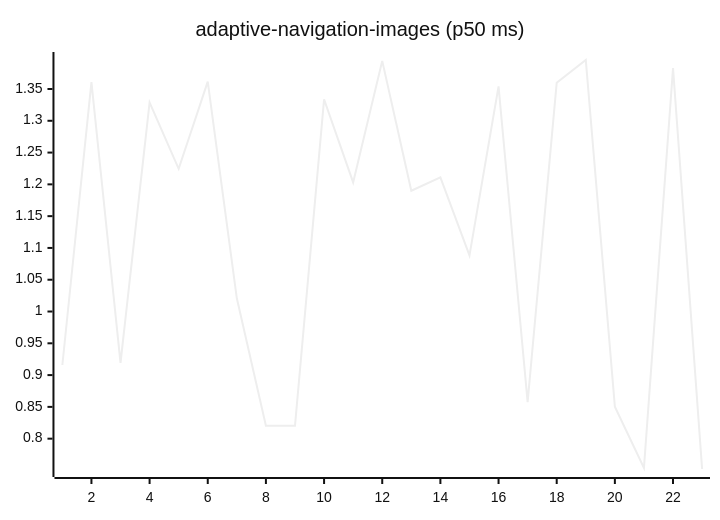
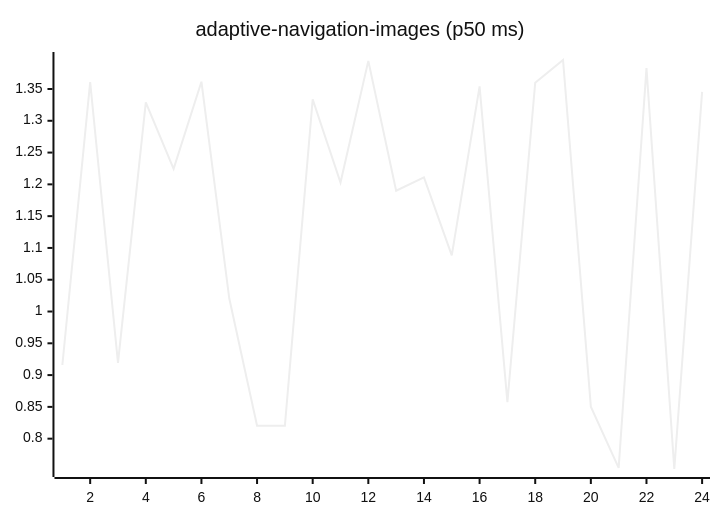
The first of 27 diagrams in README.md (josha/Facet), drawn with Mermaid (neutral theme) before and after one commit. The commit also changed other lines of this file and 2 other files, not shown here.

````diff
--- a/README.md
+++ b/README.md
@@ -63,6 +63,6 @@
 ```mermaid
 xychart-beta
     title "adaptive-navigation-images (p50 ms)"
-    x-axis 1 --> 23
-    line [0.9159, 1.3609, 0.9193, 1.3288, 1.2245, 1.3615, 1.0208, 0.8202, 0.8203, 1.3336, 1.2030, 1.3942, 1.1900, 1.2110, 1.0882, 1.3541, 0.8576, 1.3599, 1.3956, 0.8504, 0.7540, 1.3829, 0.7523]
+    x-axis 1 --> 24
+    line [0.9159, 1.3609, 0.9193, 1.3288, 1.2245, 1.3615, 1.0208, 0.8202, 0.8203, 1.3336, 1.2030, 1.3942, 1.1900, 1.2110, 1.0882, 1.3541, 0.8576, 1.3599, 1.3956, 0.8504, 0.7540, 1.3829, 0.7523, 1.3455]
 ```
````
